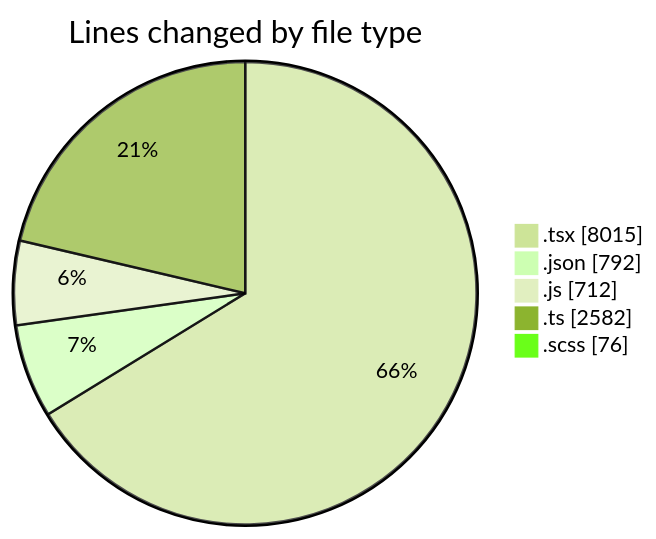
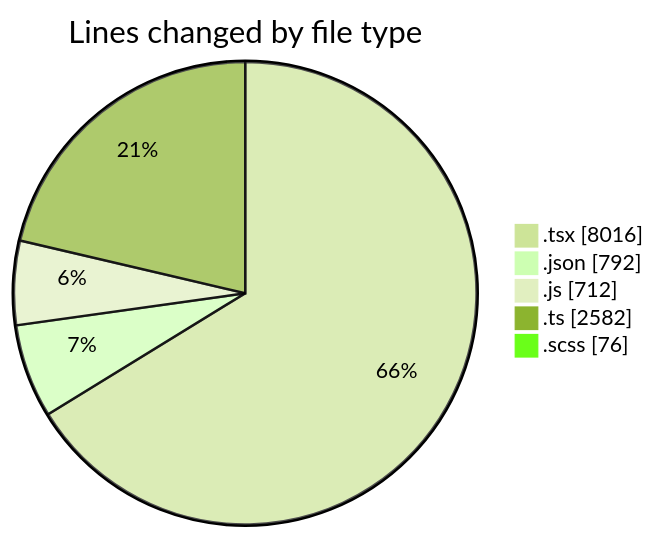
Before and after one commit to momahboobian/code-tracking: the first of 2 diagrams in 2026-08-07/cda/README.md, drawn with Mermaid (forest theme). The commit also changed other lines of this file and 1 other file, not shown here.

````diff
--- a/2026-08-07/cda/README.md
+++ b/2026-08-07/cda/README.md
@@ -35,9 +35,9 @@
 ```mermaid
 pie showData
 title Lines changed by file type
-".tsx" : 8015
+".tsx" : 8016
 ".json" : 792
 ".js" : 712
 ".ts" : 2582
 ".scss" : 76
 ```
````
